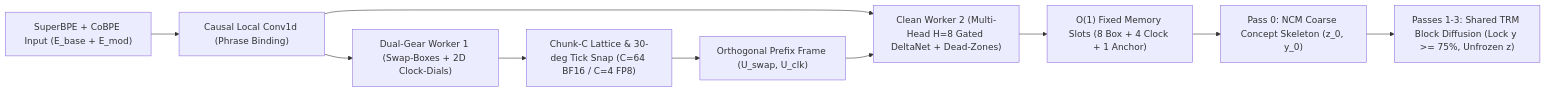
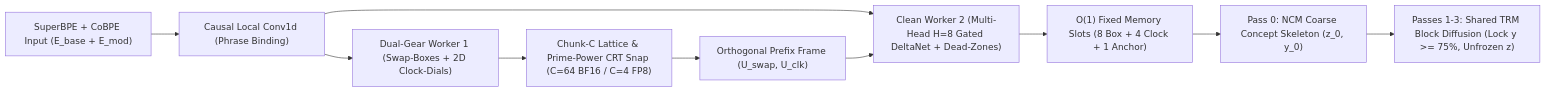
The diagram in PAPER_DRAFT.md (Manageriii/wreath-deltanet), drawn with Mermaid before and after one commit. The commit also changed other lines of this file and 4 other files, not shown here.

Commit message:
Improve README/paper readability, align v1.1 DOI, and match Fig 2 C=512 data to logged benchmark

````diff
--- a/PAPER_DRAFT.md
+++ b/PAPER_DRAFT.md
@@ -47,14 +50,14 @@
 ```mermaid
 flowchart LR
     Tok["SuperBPE + CoBPE Input (E_base + E_mod)"] --> Conv["Causal Local Conv1d (Phrase Binding)"]
     Conv --> W1["Dual-Gear Worker 1 (Swap-Boxes + 2D Clock-Dials)"]
     Conv --> W2["Clean Worker 2 (Multi-Head H=8 Gated DeltaNet + Dead-Zones)"]
 
-    W1 --> Snap["Chunk-C Lattice & 30-deg Tick Snap (C=64 BF16 / C=4 FP8)"]
+    W1 --> Snap["Chunk-C Lattice & Prime-Power CRT Snap (C=64 BF16 / C=4 FP8)"]
     Snap --> Frame["Orthogonal Prefix Frame (U_swap, U_clk)"]
     Frame --> W2
 
     W2 --> Slots["O(1) Fixed Memory Slots (8 Box + 4 Clock + 1 Anchor)"]
     Slots --> NCM["Pass 0: NCM Coarse Concept Skeleton (z_0, y_0)"]
     NCM --> TRM["Passes 1-3: Shared TRM Block Diffusion (Lock y >= 75%, Unfrozen z)"]
 ```
````
